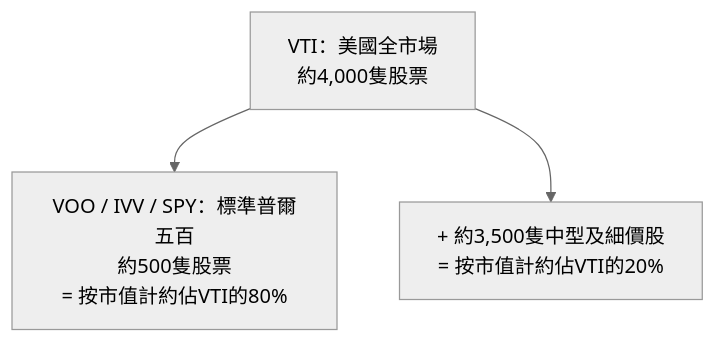
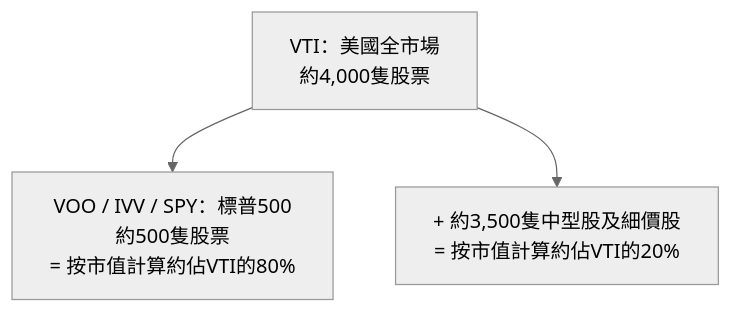
One commit to chanmainvest/tutorial changed the third of 4 diagrams in course_hk/week02_index_funds_etfs.md. Above: the diagram before and after it, drawn with Mermaid (neutral theme). The commit also changed other lines of this file and 451 other files, not shown here.

````diff
--- a/course_hk/week02_index_funds_etfs.md
+++ b/course_hk/week02_index_funds_etfs.md
@@ -272,6 +272,6 @@
 ```mermaid
 flowchart TD
     A[VTI：美國全市場<br/>約4,000隻股票]
-    A --> B[VOO / IVV / SPY：標準普爾五百<br/>約500隻股票<br/>= 按市值計約佔VTI的80%]
-    A --> C[+ 約3,500隻中型及細價股<br/>= 按市值計約佔VTI的20%]
+    A --> B[VOO / IVV / SPY：標普500<br/>約500隻股票<br/>= 按市值計算約佔VTI的80%]
+    A --> C[+ 約3,500隻中型股及細價股<br/>= 按市值計算約佔VTI的20%]
 ```
````
